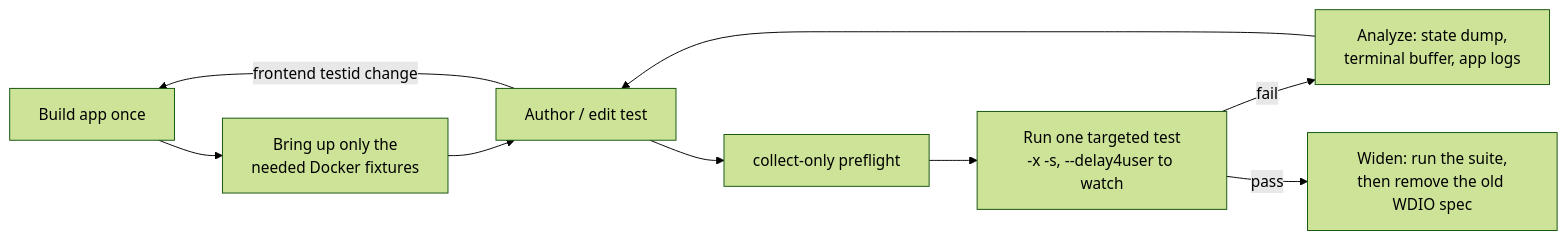
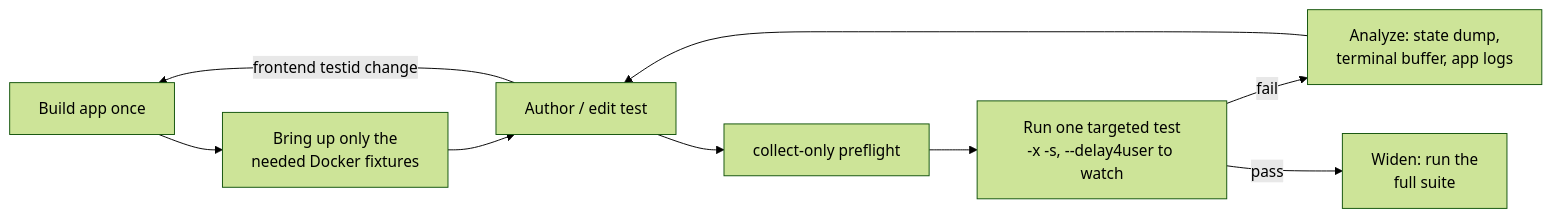
The diagram in docs/system-test-local-workflow.md (armaxri/termiHub), drawn with Mermaid (forest theme) before and after one commit. The commit also changed other lines of this file and 5 other files, not shown here.

````diff
--- a/docs/system-test-local-workflow.md
+++ b/docs/system-test-local-workflow.md
@@ -23,11 +23,11 @@
 ```mermaid
 flowchart LR
     A[Build app once] --> B[Bring up only the<br/>needed Docker fixtures]
     B --> C[Author / edit test]
     C --> D[collect-only preflight]
     D --> E[Run one targeted test<br/>-x -s, --delay4user to watch]
     E -->|fail| F[Analyze: state dump,<br/>terminal buffer, app logs]
     F --> C
-    E -->|pass| G[Widen: run the suite,<br/>then remove the old WDIO spec]
+    E -->|pass| G[Widen: run the<br/>full suite]
     C -->|frontend testid change| A
 ```
````
